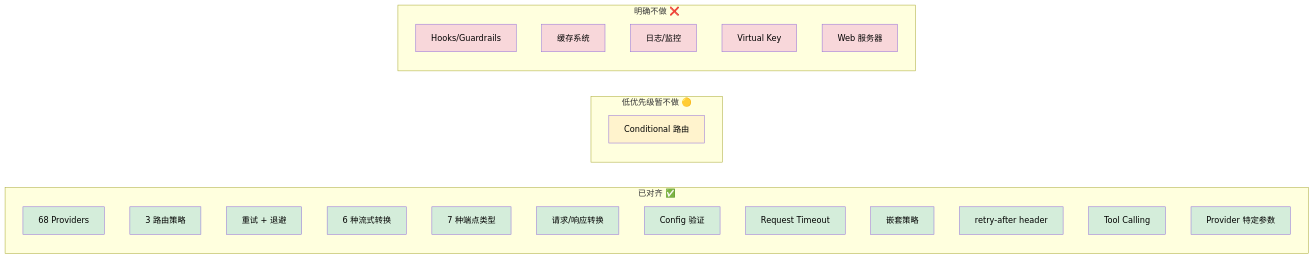
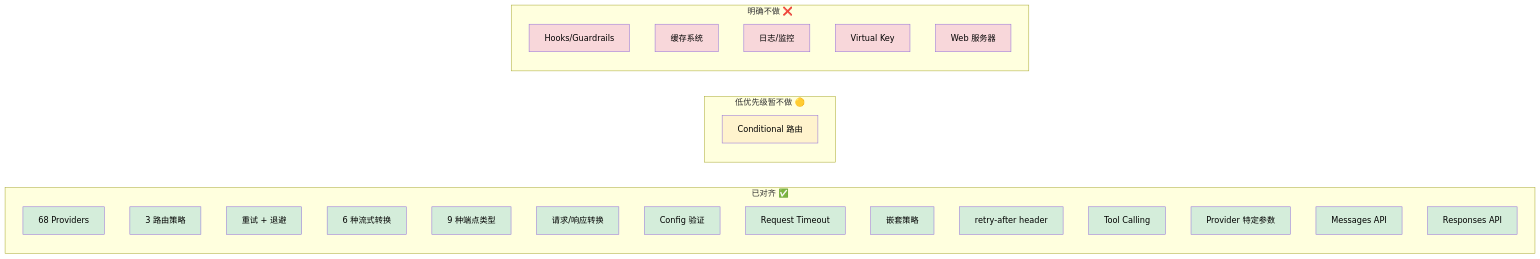
Before and after one commit to xandersbell/chainr: the diagram in docs/PORTKEY_DIFF_REPORT.md, drawn with Mermaid. The commit also changed other lines of this file and 1 other file, not shown here.

Commit message:
docs: update for Phase 4 completion — Messages API + Responses API

````diff
--- a/docs/PORTKEY_DIFF_REPORT.md
+++ b/docs/PORTKEY_DIFF_REPORT.md
@@ -192,48 +192,52 @@
 ```mermaid
 graph LR
     subgraph "已对齐 ✅"
         A[68 Providers]
         B[3 路由策略]
         C[重试 + 退避]
         D[6 种流式转换]
-        E[7 种端点类型]
+        E[9 种端点类型]
         F[请求/响应转换]
         G[Config 验证]
         H[Request Timeout]
         I[嵌套策略]
         K[retry-after header]
         S[Tool Calling]
         T[Provider 特定参数]
+        U[Messages API]
+        V[Responses API]
     end
 
     subgraph "低优先级暂不做 🟡"
         J[Conditional 路由]
     end
 
     subgraph "明确不做 ❌"
         N[Hooks/Guardrails]
         O[缓存系统]
         P[日志/监控]
         Q[Virtual Key]
         R[Web 服务器]
     end
 
     style A fill:#d4edda,color:#000
     style B fill:#d4edda,color:#000
     style C fill:#d4edda,color:#000
     style D fill:#d4edda,color:#000
     style E fill:#d4edda,color:#000
     style F fill:#d4edda,color:#000
     style G fill:#d4edda,color:#000
     style H fill:#d4edda,color:#000
     style I fill:#d4edda,color:#000
     style K fill:#d4edda,color:#000
     style S fill:#d4edda,color:#000
     style T fill:#d4edda,color:#000
+    style U fill:#d4edda,color:#000
+    style V fill:#d4edda,color:#000
     style J fill:#fff3cd,color:#000
     style N fill:#f8d7da,color:#000
     style O fill:#f8d7da,color:#000
     style P fill:#f8d7da,color:#000
     style Q fill:#f8d7da,color:#000
     style R fill:#f8d7da,color:#000
 ```
````
